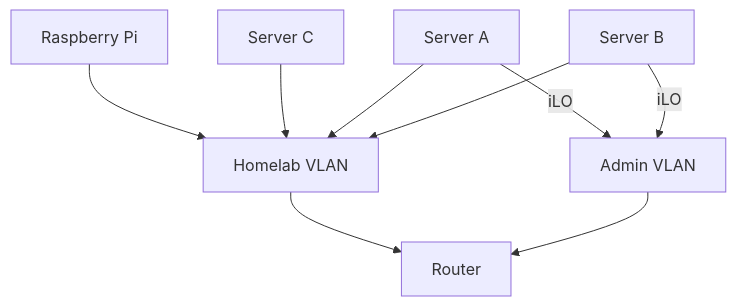
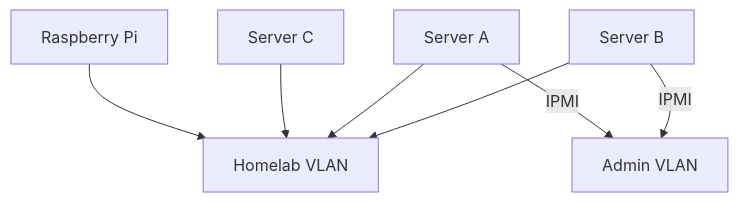
Before and after one commit to Zaba505/infra: the second of 3 diagrams in docs/content/docs/home_lab/_index.md, drawn with Mermaid. The commit also changed other lines of this file, not shown here.

````diff
--- a/docs/content/docs/home_lab/_index.md
+++ b/docs/content/docs/home_lab/_index.md
@@ -68,24 +63,19 @@
 ```mermaid
 flowchart TB
     serverA["Server A"]
     serverB["Server B"]
     serverC["Server C"]
     pi["Raspberry Pi"]
     homelab["Homelab VLAN"]
     admin["Admin VLAN"]
-    router["Router"]
 
     pi --> homelab
 
     serverC --> homelab
 
     serverA --> homelab
-    serverA -->|iLO| admin
+    serverA -->|IPMI| admin
 
     serverB --> homelab
-    serverB -->|iLO| admin
-
-    homelab --> router
-
-    admin --> router
+    serverB -->|IPMI| admin
 ```
````
